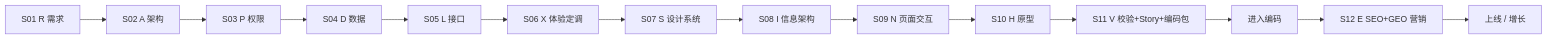
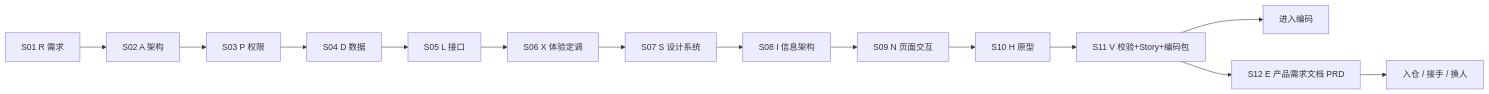
Before and after one commit to foryou2026/chinese: the diagram in prompt/S00-02-端到端工作流.md, drawn with Mermaid. The commit also changed other lines of this file and 9 other files, not shown here.

````diff
--- a/prompt/S00-02-端到端工作流.md
+++ b/prompt/S00-02-端到端工作流.md
@@ -9,16 +9,16 @@
 ```mermaid
 flowchart LR
   R[S01 R 需求] --> A[S02 A 架构]
   A --> P[S03 P 权限]
   P --> D[S04 D 数据]
   D --> L[S05 L 接口]
   L --> X[S06 X 体验定调]
   X --> S[S07 S 设计系统]
   S --> I[S08 I 信息架构]
   I --> N[S09 N 页面交互]
   N --> H[S10 H 原型]
   H --> V[S11 V 校验+Story+编码包]
   V --> CODE[进入编码]
-  CODE --> E[S12 E SEO+GEO 营销]
-  E --> LAUNCH[上线 / 增长]
+  V --> E[S12 E 产品需求文档 PRD]
+  E --> HANDOVER[入仓 / 接手 / 换人]
 ```
````
